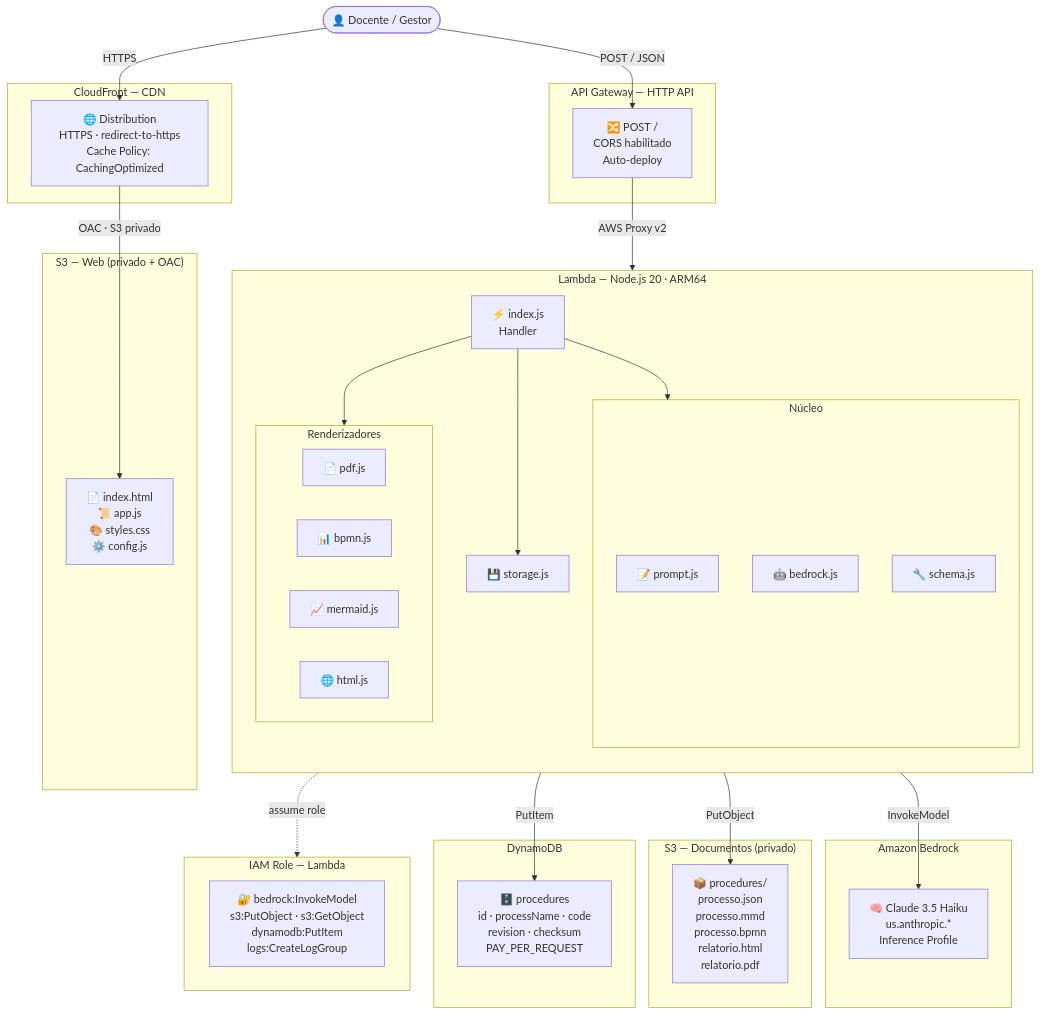
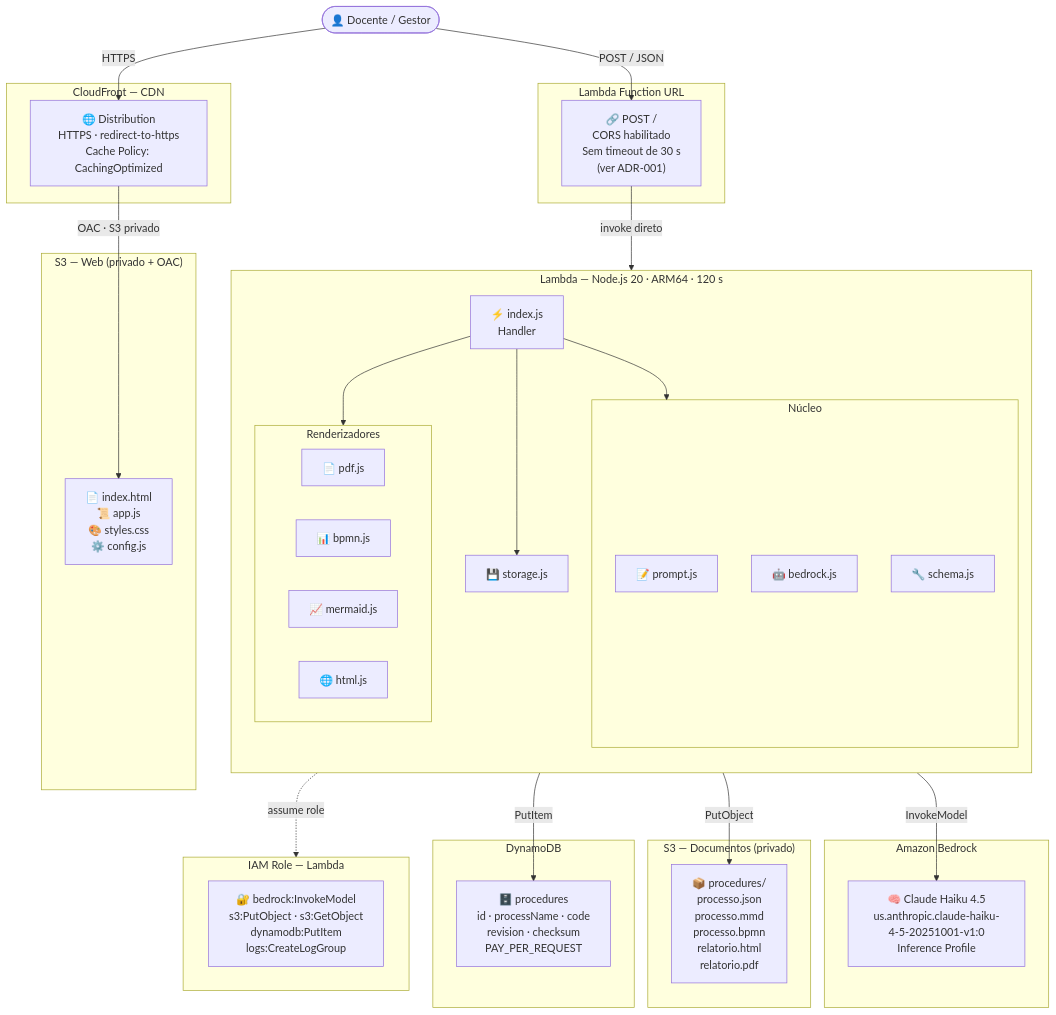
The fourth of 5 diagrams in README.md (rafae1xavier/pop-ia), drawn with Mermaid before and after one commit. The commit also changed other lines of this file and 1 other file, not shown here.

Commit message:
docs: atualizar README e criar ADR-001 (Lambda Function URL vs API Gateway)

````diff
--- a/README.md
+++ b/README.md
@@ -94,61 +94,61 @@
 ```mermaid
 flowchart TB
   user(["👤 Docente / Gestor"])
 
   subgraph CDN ["CloudFront — CDN"]
     cf["🌐 Distribution\nHTTPS · redirect-to-https\nCache Policy: CachingOptimized"]
   end
 
   subgraph S3W ["S3 — Web (privado + OAC)"]
     s3w["📄 index.html\n📜 app.js\n🎨 styles.css\n⚙️ config.js"]
   end
 
-  subgraph APIGW ["API Gateway — HTTP API"]
-    apigw["🔀 POST /\nCORS habilitado\nAuto-deploy"]
+  subgraph FURL ["Lambda Function URL"]
+    furl["🔗 POST /\nCORS habilitado\nSem timeout de 30 s\n(ver ADR-001)"]
   end
 
-  subgraph LAMBDA ["Lambda — Node.js 20 · ARM64"]
+  subgraph LAMBDA ["Lambda — Node.js 20 · ARM64 · 120 s"]
     direction TB
     handler["⚡ index.js\nHandler"]
     subgraph CORE ["Núcleo"]
       prompt_m["📝 prompt.js"]
       bedrock_m["🤖 bedrock.js"]
       schema_m["🔧 schema.js"]
     end
     subgraph RENDERERS ["Renderizadores"]
       pdf_m["📄 pdf.js"]
       bpmn_m["📊 bpmn.js"]
       mmd_m["📈 mermaid.js"]
       html_m["🌐 html.js"]
     end
     storage_m["💾 storage.js"]
     handler --> CORE
     handler --> RENDERERS
     handler --> storage_m
   end
 
   subgraph BEDROCK ["Amazon Bedrock"]
-    model["🧠 Claude 3.5 Haiku\nus.anthropic.*\nInference Profile"]
+    model["🧠 Claude Haiku 4.5\nus.anthropic.claude-haiku-4-5-20251001-v1:0\nInference Profile"]
   end
 
   subgraph S3D ["S3 — Documentos (privado)"]
     docs["📦 procedures/\n  processo.json\n  processo.mmd\n  processo.bpmn\n  relatorio.html\n  relatorio.pdf"]
   end
 
   subgraph DDB ["DynamoDB"]
     table["🗄️ procedures\nid · processName · code\nrevision · checksum\nPAY_PER_REQUEST"]
   end
 
   subgraph IAM ["IAM Role — Lambda"]
     iam["🔐 bedrock:InvokeModel\ns3:PutObject · s3:GetObject\ndynamodb:PutItem\nlogs:CreateLogGroup"]
   end
 
   user -->|"HTTPS"| cf
   cf -->|"OAC · S3 privado"| s3w
-  user -->|"POST / JSON"| apigw
-  apigw -->|"AWS Proxy v2"| handler
+  user -->|"POST / JSON"| furl
+  furl -->|"invoke direto"| handler
   bedrock_m -->|"InvokeModel"| model
   storage_m -->|"PutObject"| docs
   storage_m -->|"PutItem"| table
   LAMBDA -.->|"assume role"| IAM
 ```
````
